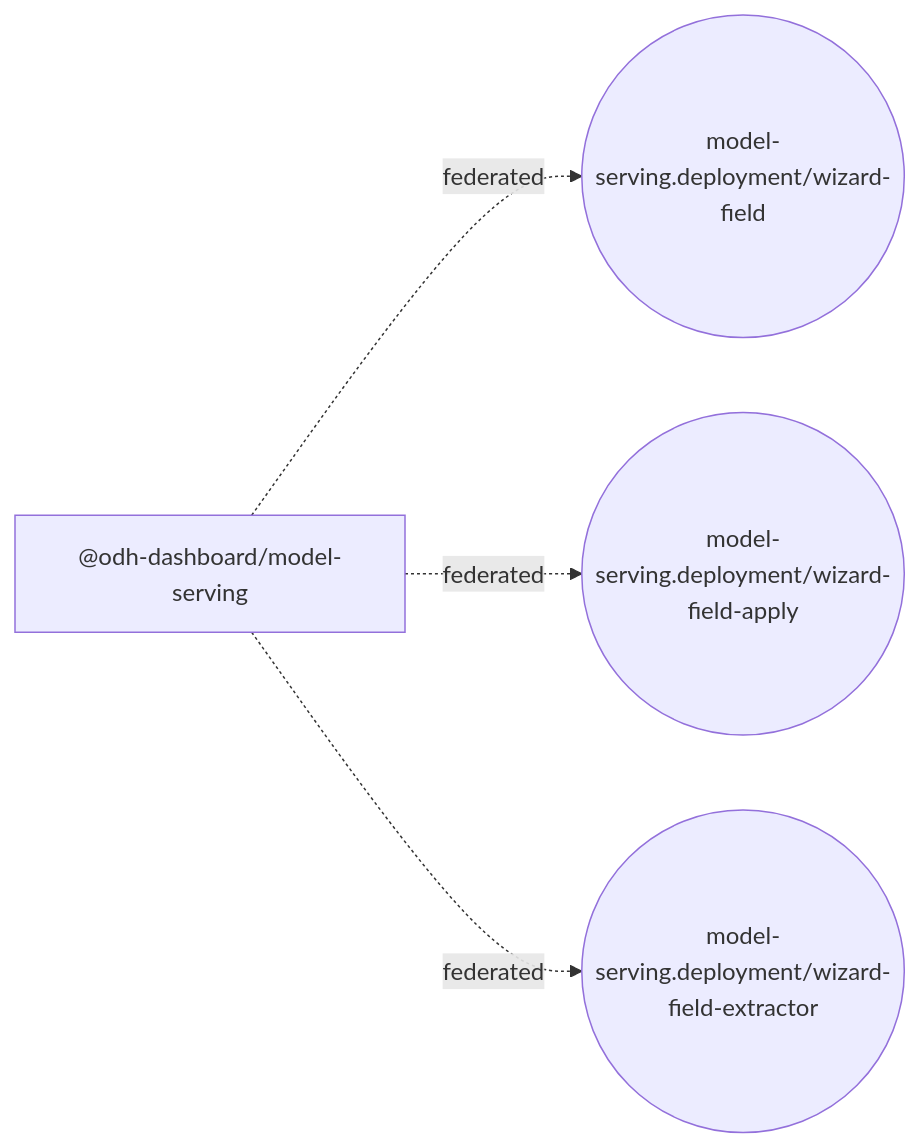
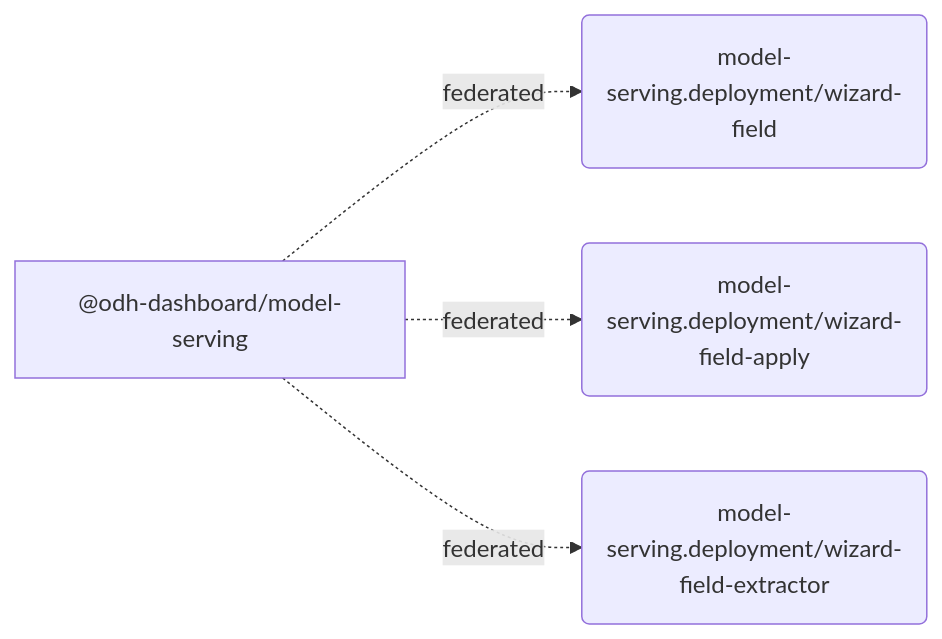
Before and after one commit to mturley/odh-dashboard: the fourth of 4 diagrams in packages/model-serving/docs/extensions.md, drawn with Mermaid. The commit also changed other lines of this file and 24 other files, not shown here.

````diff
--- a/packages/model-serving/docs/extensions.md
+++ b/packages/model-serving/docs/extensions.md
@@ -400,10 +400,10 @@
 ```mermaid
 flowchart LR
   pkg_n__odh_dashboard_model_serving_548436["@odh-dashboard/model-serving"]
-  point_n_model_serving_deployment_wizard_field_19398b(("model-serving.deployment/wizard-field"))
+  point_n_model_serving_deployment_wizard_field_19398b("model-serving.deployment/wizard-field")
   pkg_n__odh_dashboard_model_serving_548436 -. "federated" .-> point_n_model_serving_deployment_wizard_field_19398b
-  point_n_model_serving_deployment_wizard_field_apply_b7659a(("model-serving.deployment/wizard-field-apply"))
+  point_n_model_serving_deployment_wizard_field_apply_b7659a("model-serving.deployment/wizard-field-apply")
   pkg_n__odh_dashboard_model_serving_548436 -. "federated" .-> point_n_model_serving_deployment_wizard_field_apply_b7659a
-  point_n_model_serving_deployment_wizard_field_extractor_877f9e(("model-serving.deployment/wizard-field-extractor"))
+  point_n_model_serving_deployment_wizard_field_extractor_877f9e("model-serving.deployment/wizard-field-extractor")
   pkg_n__odh_dashboard_model_serving_548436 -. "federated" .-> point_n_model_serving_deployment_wizard_field_extractor_877f9e
 ```
````
